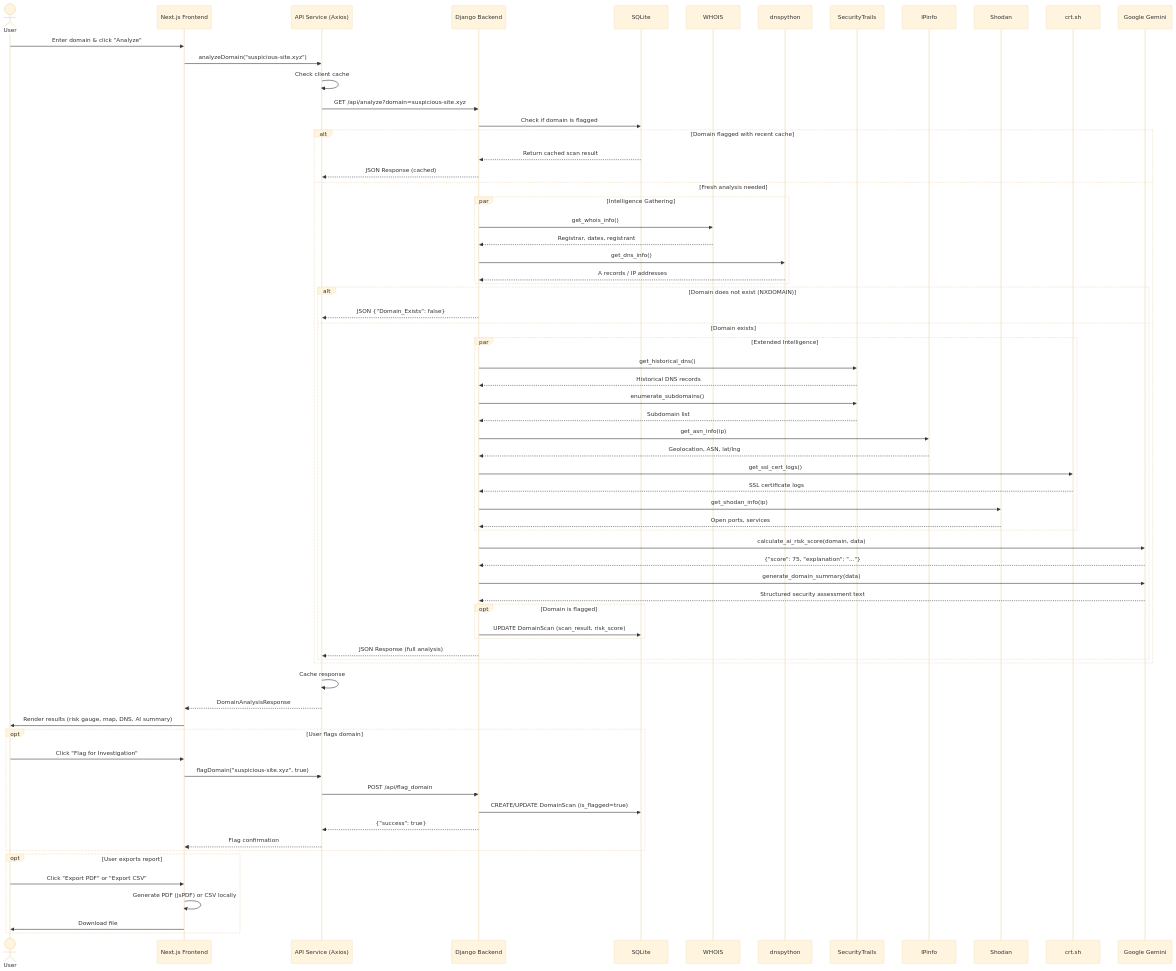
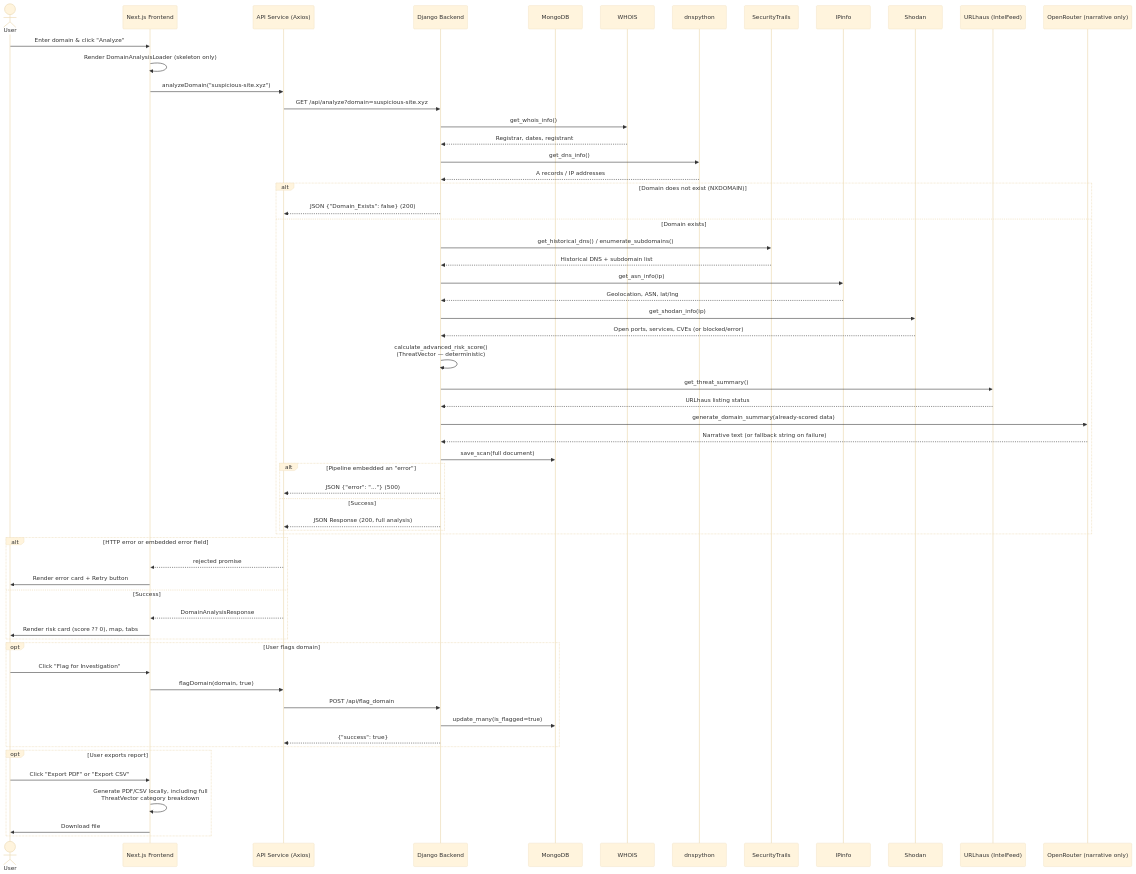
The second of 3 diagrams in DOCUMENTATION.md (Atharva-Dhavale/TraceHost), drawn with Mermaid (base theme) before and after one commit. The commit also changed other lines of this file and 1 other file, not shown here.

````diff
--- a/DOCUMENTATION.md
+++ b/DOCUMENTATION.md
@@ -554,80 +465,73 @@
 ```mermaid
 sequenceDiagram
     actor User
     participant UI as Next.js Frontend
     participant API as API Service (Axios)
     participant Django as Django Backend
-    participant DB as SQLite
+    participant Mongo as MongoDB
     participant WH as WHOIS
     participant DNS as dnspython
     participant ST as SecurityTrails
     participant IP as IPinfo
     participant SH as Shodan
-    participant CRT as crt.sh
-    participant AI as Google Gemini
+    participant TI as URLhaus (IntelFeed)
+    participant AI as OpenRouter (narrative only)
 
     User->>UI: Enter domain & click "Analyze"
+    UI->>UI: Render DomainAnalysisLoader (skeleton only)
     UI->>API: analyzeDomain("suspicious-site.xyz")
-    API->>API: Check client cache
     API->>Django: GET /api/analyze?domain=suspicious-site.xyz
 
-    Django->>DB: Check if domain is flagged
-    alt Domain flagged with recent cache
-        DB-->>Django: Return cached scan result
-        Django-->>API: JSON Response (cached)
-    else Fresh analysis needed
-        par Intelligence Gathering
-            Django->>WH: get_whois_info()
-            WH-->>Django: Registrar, dates, registrant
-            Django->>DNS: get_dns_info()
-            DNS-->>Django: A records / IP addresses
-        end
+    Django->>WH: get_whois_info()
+    WH-->>Django: Registrar, dates, registrant
+    Django->>DNS: get_dns_info()
+    DNS-->>Django: A records / IP addresses
 
-        alt Domain does not exist (NXDOMAIN)
-            Django-->>API: JSON {"Domain_Exists": false}
-        else Domain exists
-            par Extended Intelligence
-                Django->>ST: get_historical_dns()
-                ST-->>Django: Historical DNS records
-                Django->>ST: enumerate_subdomains()
-                ST-->>Django: Subdomain list
-                Django->>IP: get_asn_info(ip)
-                IP-->>Django: Geolocation, ASN, lat/lng
-                Django->>CRT: get_ssl_cert_logs()
-                CRT-->>Django: SSL certificate logs
-                Django->>SH: get_shodan_info(ip)
-                SH-->>Django: Open ports, services
-            end
+    alt Domain does not exist (NXDOMAIN)
+        Django-->>API: JSON {"Domain_Exists": false} (200)
+    else Domain exists
+        Django->>ST: get_historical_dns() / enumerate_subdomains()
+        ST-->>Django: Historical DNS + subdomain list
+        Django->>IP: get_asn_info(ip)
+        IP-->>Django: Geolocation, ASN, lat/lng
+        Django->>SH: get_shodan_info(ip)
+        SH-->>Django: Open ports, services, CVEs (or blocked/error)
 
-            Django->>AI: calculate_ai_risk_score(domain, data)
-            AI-->>Django: {"score": 75, "explanation": "..."}
-            Django->>AI: generate_domain_summary(data)
-            AI-->>Django: Structured security assessment text
+        Django->>Django: calculate_advanced_risk_score()<br/>(ThreatVector — deterministic)
+        Django->>TI: get_threat_summary()
+        TI-->>Django: URLhaus listing status
 
-            opt Domain is flagged
-                Django->>DB: UPDATE DomainScan (scan_result, risk_score)
-            end
+        Django->>AI: generate_domain_summary(already-scored data)
+        AI-->>Django: Narrative text (or fallback string on failure)
 
-            Django-->>API: JSON Response (full analysis)
+        Django->>Mongo: save_scan(full document)
+
+        alt Pipeline embedded an "error"
+            Django-->>API: JSON {"error": "..."} (500)
+        else Success
+            Django-->>API: JSON Response (200, full analysis)
         end
     end
 
-    API->>API: Cache response
-    API-->>UI: DomainAnalysisResponse
-    UI->>User: Render results (risk gauge, map, DNS, AI summary)
+    alt HTTP error or embedded error field
+        API-->>UI: rejected promise
+        UI->>User: Render error card + Retry button
+    else Success
+        API-->>UI: DomainAnalysisResponse
+        UI->>User: Render risk card (score ?? 0), map, tabs
+    end
 
     opt User flags domain
         User->>UI: Click "Flag for Investigation"
-        UI->>API: flagDomain("suspicious-site.xyz", true)
+        UI->>API: flagDomain(domain, true)
         API->>Django: POST /api/flag_domain
-        Django->>DB: CREATE/UPDATE DomainScan (is_flagged=true)
+        Django->>Mongo: update_many(is_flagged=true)
         Django-->>API: {"success": true}
-        API-->>UI: Flag confirmation
     end
 
     opt User exports report
         User->>UI: Click "Export PDF" or "Export CSV"
-        UI->>UI: Generate PDF (jsPDF) or CSV locally
+        UI->>UI: Generate PDF/CSV locally, including full<br/>ThreatVector category breakdown
         UI->>User: Download file
     end
 ```
````
